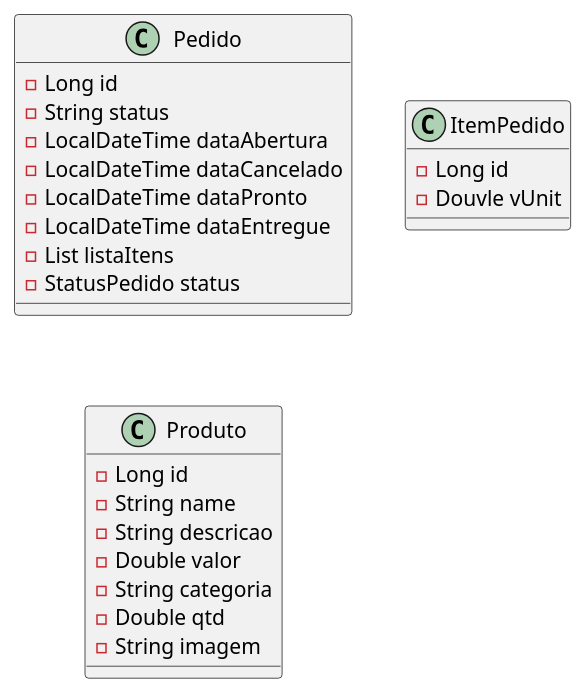
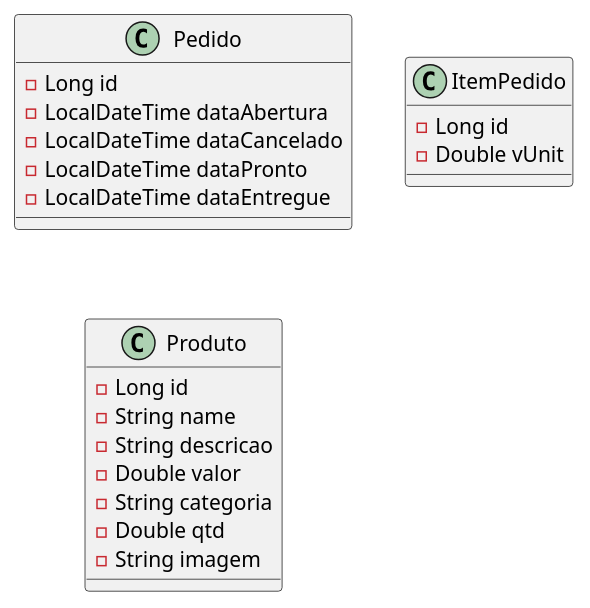
The diagram in Trilo - Diagrama.puml (HeitorPiresdeSouza/FastFurious-API), drawn with PlantUML before and after one commit. The commit also changed 7 other files, not shown here.

```diff
--- a/Trilo - Diagrama.puml
+++ b/Trilo - Diagrama.puml
@@ -1,28 +1,25 @@
 @startuml
 class Pedido{
     - Long id
-    - String status
     - LocalDateTime dataAbertura
     - LocalDateTime dataCancelado
     - LocalDateTime dataPronto
     - LocalDateTime dataEntregue
-    - List listaItens
-    - StatusPedido status
 }
 
 class ItemPedido{
     - Long id
-    - Douvle vUnit
+    - Double vUnit
 }
 
 class Produto{
     - Long id
     - String name
     - String descricao
     - Double valor
     - String categoria
     - Double qtd
     - String imagem
 }
 
 @enduml
```
